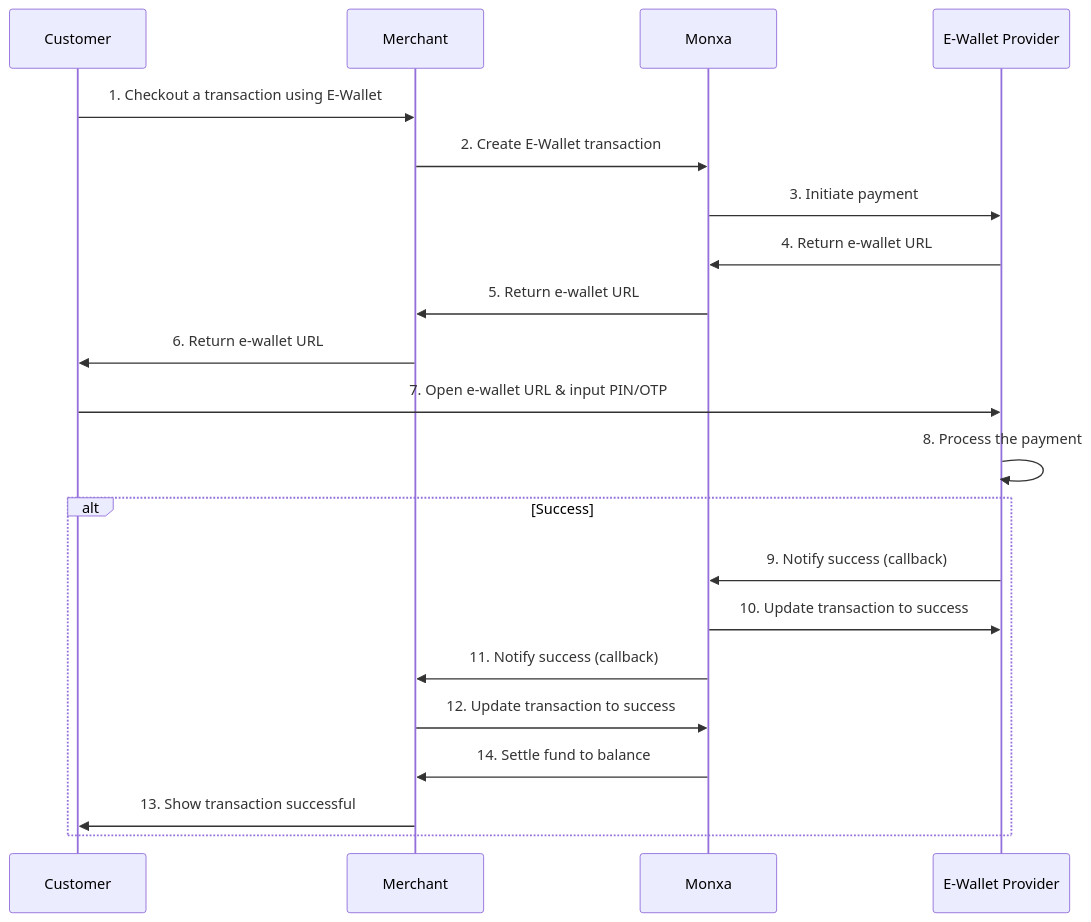
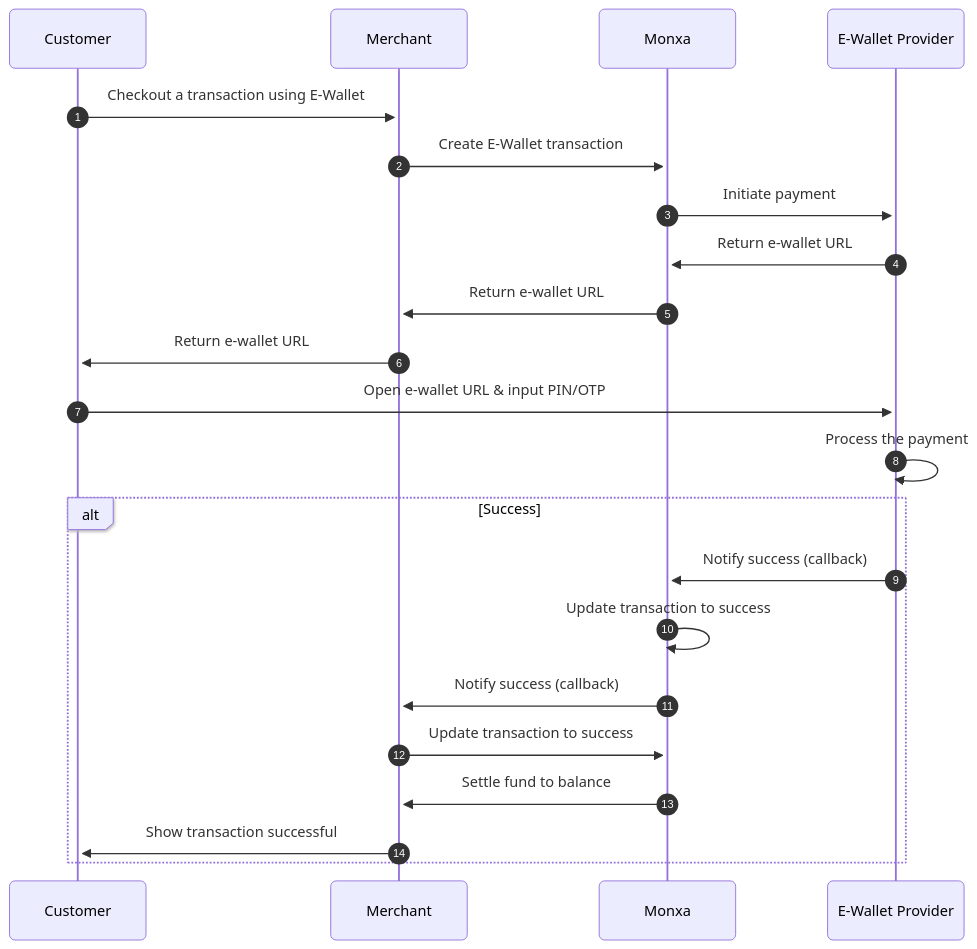
Before and after one commit to monxadev/docs: the first of 2 diagrams in payments/payment-methods/wallets.mdx, drawn with Mermaid.

Commit message:
Documentation edits made through Mintlify web editor

````diff
--- a/payments/payment-methods/wallets.mdx
+++ b/payments/payment-methods/wallets.mdx
@@ -77,25 +77,28 @@
     ```mermaid
+    ---
+    config:
+      look: neo
+    ---
     sequenceDiagram
-        participant Customer
-        participant Merchant
-        participant Monxa
-        participant Wallet as E-Wallet Provider
-    
-        Customer ->> Merchant: 1. Checkout a transaction using E-Wallet
-        Merchant ->> Monxa: 2. Create E-Wallet transaction
-        Monxa ->> Wallet: 3. Initiate payment
-        Wallet ->> Monxa: 4. Return e-wallet URL
-        Monxa ->> Merchant: 5. Return e-wallet URL
-        Merchant ->> Customer: 6. Return e-wallet URL
-        Customer ->> Wallet: 7. Open e-wallet URL & input PIN/OTP
-        Wallet ->> Wallet: 8. Process the payment
-    
-        alt Success
-            Wallet ->> Monxa: 9. Notify success (callback)
-            Monxa ->> Wallet: 10. Update transaction to success
-            Monxa ->> Merchant: 11. Notify success (callback)
-            Merchant ->> Monxa: 12. Update transaction to success
-            Monxa ->> Merchant: 14. Settle fund to balance
-            Merchant ->> Customer: 13. Show transaction successful
-        end
+      participant Customer as Customer
+      participant Merchant as Merchant
+      participant Monxa as Monxa
+      participant Wallet as E-Wallet Provider
+      autonumber
+      Customer ->> Merchant: Checkout a transaction using E-Wallet
+      Merchant ->> Monxa: Create E-Wallet transaction
+      Monxa ->> Wallet: Initiate payment
+      Wallet ->> Monxa: Return e-wallet URL
+      Monxa ->> Merchant: Return e-wallet URL
+      Merchant ->> Customer: Return e-wallet URL
+      Customer ->> Wallet: Open e-wallet URL & input PIN/OTP
+      Wallet ->> Wallet: Process the payment
+      alt Success
+        Wallet ->> Monxa: Notify success (callback)
+        Monxa ->> Monxa: Update transaction to success
+        Monxa ->> Merchant: Notify success (callback)
+        Merchant ->> Monxa: Update transaction to success
+        Monxa ->> Merchant: Settle fund to balance
+        Merchant ->> Customer: Show transaction successful
+      end
     ```
````
